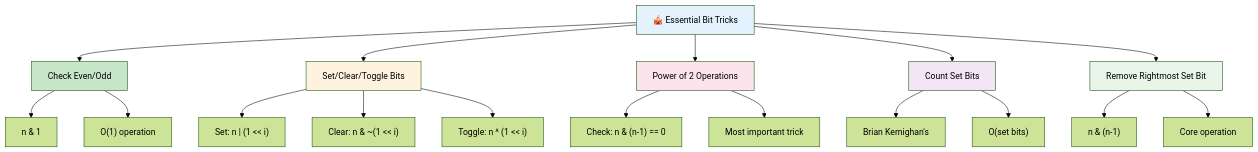
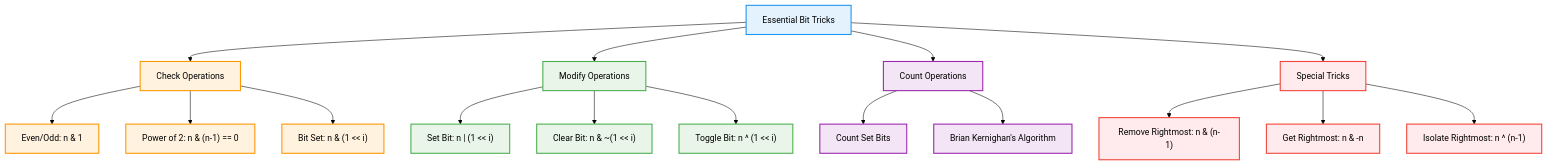
Before and after one commit to AbhishekGiri04/Algorithmics-Foundations: the fifth of 8 diagrams in concepts/bit-manipulation.md, drawn with Mermaid (forest theme). The commit also changed other lines of this file, not shown here.

Commit message:
Complete bit manipulation guide with professional images and comprehensive coverage

````diff
--- a/concepts/bit-manipulation.md
+++ b/concepts/bit-manipulation.md
@@ -348,31 +309,34 @@
 ```mermaid
 flowchart TD
-    A["🎪 Essential Bit Tricks"] --> B["Check Even/Odd"]
-    A --> C["Set/Clear/Toggle Bits"]
-    A --> D["Power of 2 Operations"]
-    A --> E["Count Set Bits"]
-    A --> F["Remove Rightmost Set Bit"]
+    A["Essential Bit Tricks"] --> B["Check Operations"]
+    A --> C["Modify Operations"]
+    A --> D["Count Operations"]
+    A --> E["Special Tricks"]
     
-    B --> G["n & 1"]
-    B --> H["O(1) operation"]
+    B --> F["Even/Odd: n & 1"]
+    B --> G["Power of 2: n & (n-1) == 0"]
+    B --> H["Bit Set: n & (1 << i)"]
     
-    C --> I["Set: n | (1 << i)"]
-    C --> J["Clear: n & ~(1 << i)"]
-    C --> K["Toggle: n ^ (1 << i)"]
+    C --> I["Set Bit: n | (1 << i)"]
+    C --> J["Clear Bit: n & ~(1 << i)"]
+    C --> K["Toggle Bit: n ^ (1 << i)"]
     
-    D --> L["Check: n & (n-1) == 0"]
-    D --> M["Most important trick"]
+    D --> L["Count Set Bits"]
+    D --> M["Brian Kernighan's Algorithm"]
     
-    E --> N["Brian Kernighan's"]
-    E --> O["O(set bits)"]
+    E --> N["Remove Rightmost: n & (n-1)"]
+    E --> O["Get Rightmost: n & -n"]
+    E --> P["Isolate Rightmost: n ^ (n-1)"]
     
-    F --> P["n & (n-1)"]
-    F --> Q["Core operation"]
-    
-    style A fill:#e3f2fd
-    style B fill:#c8e6c9
-    style C fill:#fff3e0
-    style D fill:#fce4ec
-    style E fill:#f3e5f5
-    style F fill:#e8f5e8
+    classDef default fill:#f9f9f9,stroke:#333,stroke-width:2px,color:#000
+    classDef category fill:#e3f2fd,stroke:#2196f3,stroke-width:2px,color:#000
+    classDef check fill:#fff3e0,stroke:#ff9800,stroke-width:2px,color:#000
+    classDef modify fill:#e8f5e8,stroke:#4caf50,stroke-width:2px,color:#000
+    classDef count fill:#f3e5f5,stroke:#9c27b0,stroke-width:2px,color:#000
+    classDef special fill:#ffebee,stroke:#f44336,stroke-width:2px,color:#000
+    class A category
+    class B,F,G,H check
+    class C,I,J,K modify
+    class D,L,M count
+    class E,N,O,P special
 ```
````
